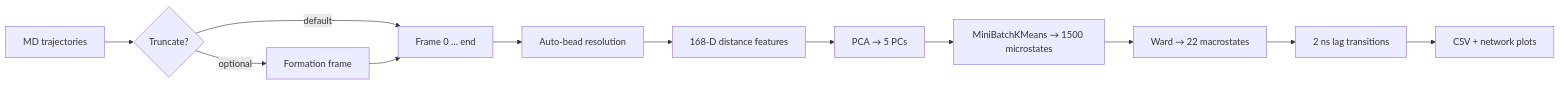
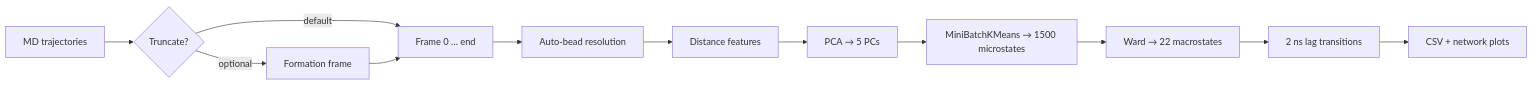
Before and after one commit to zonezone12/MDchat: the first of 2 diagrams in docs/imamura_msm_presentation.md, drawn with Mermaid. The commit also changed other lines of this file and 1 other file, not shown here.

````diff
--- a/docs/imamura_msm_presentation.md
+++ b/docs/imamura_msm_presentation.md
@@ -68,14 +92,14 @@
 ```mermaid
 flowchart LR
     A[MD trajectories] --> B{Truncate?}
     B -->|optional| C[Formation frame]
     B -->|default| D[Frame 0 … end]
     C --> D
     D --> E[Auto-bead resolution]
-    E --> F[168-D distance features]
+    E --> F[Distance features]
     F --> G[PCA → 5 PCs]
     G --> H[MiniBatchKMeans → 1500 microstates]
     H --> I[Ward → 22 macrostates]
     I --> J[2 ns lag transitions]
     J --> K[CSV + network plots]
 ```
````
